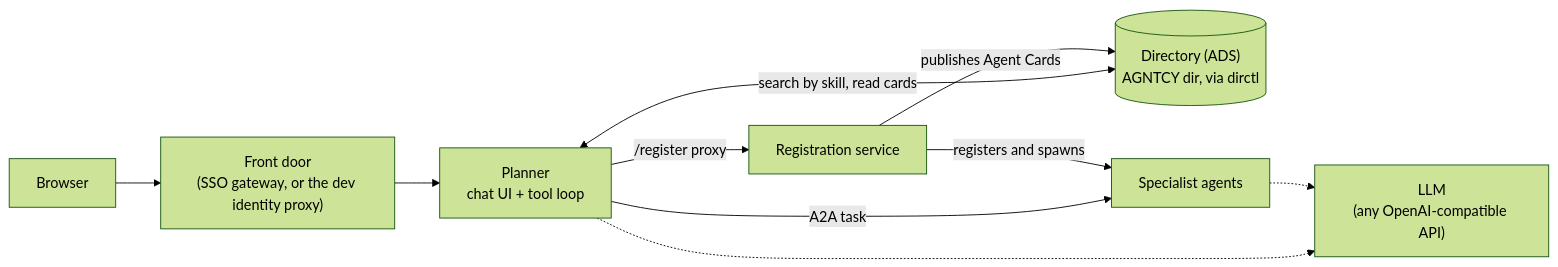
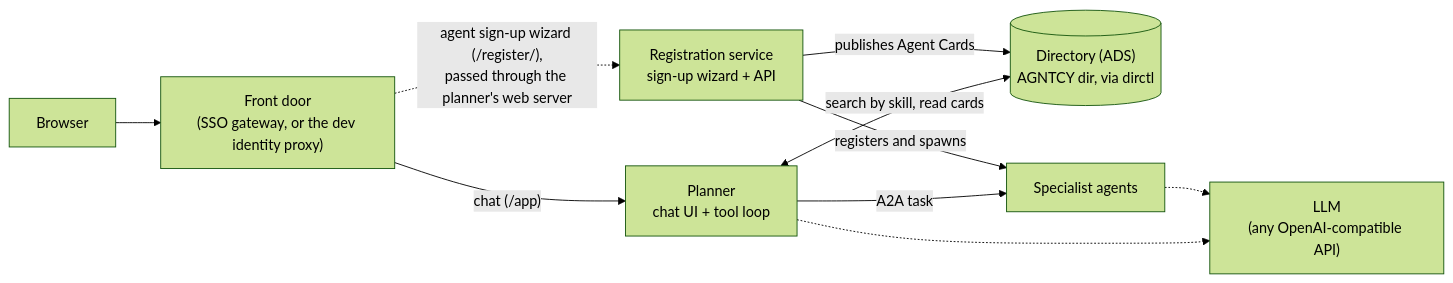
The diagram in README.md (washu-dev/AgenticNetwork), drawn with Mermaid (forest theme) before and after one commit. The commit also changed other lines of this file and 8 other files, not shown here.

First line of the commit message:
Registration: redact secret config values in agent responses; README flowchart

````diff
--- a/README.md
+++ b/README.md
@@ -11,12 +11,12 @@
 ```mermaid
 flowchart LR
     U["Browser"] --> F["Front door<br/>(SSO gateway, or the dev identity proxy)"]
-    F --> P["Planner<br/>chat UI + tool loop"]
+    F -->|"chat (/app)"| P["Planner<br/>chat UI + tool loop"]
+    F -.->|"agent sign-up wizard (/register/),<br/>passed through the planner's web server"| R["Registration service<br/>sign-up wizard + API"]
     P <-->|"search by skill, read cards"| D[("Directory (ADS)<br/>AGNTCY dir, via dirctl")]
     P -->|"A2A task"| A["Specialist agents"]
-    P -->|"/register proxy"| R["Registration service"]
     R -->|"registers and spawns"| A
     R -->|"publishes Agent Cards"| D
     P -.-> L["LLM<br/>(any OpenAI-compatible API)"]
     A -.-> L
 ```
````
